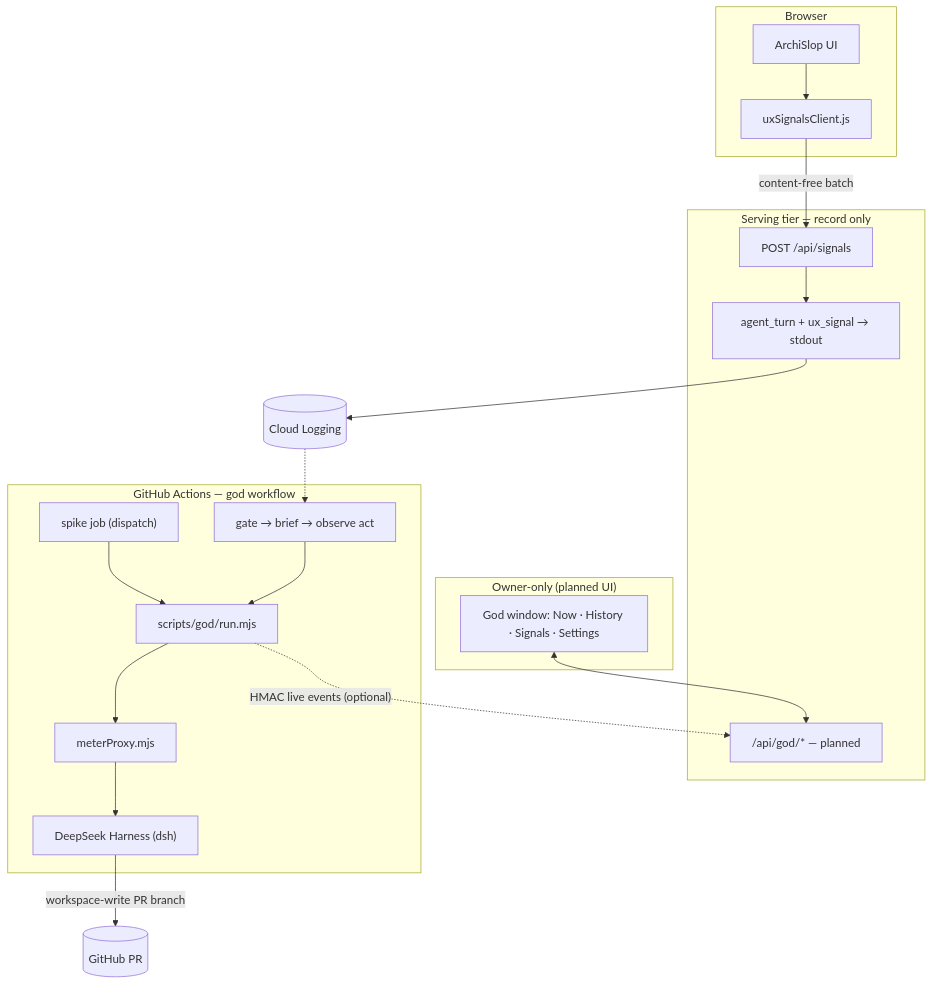
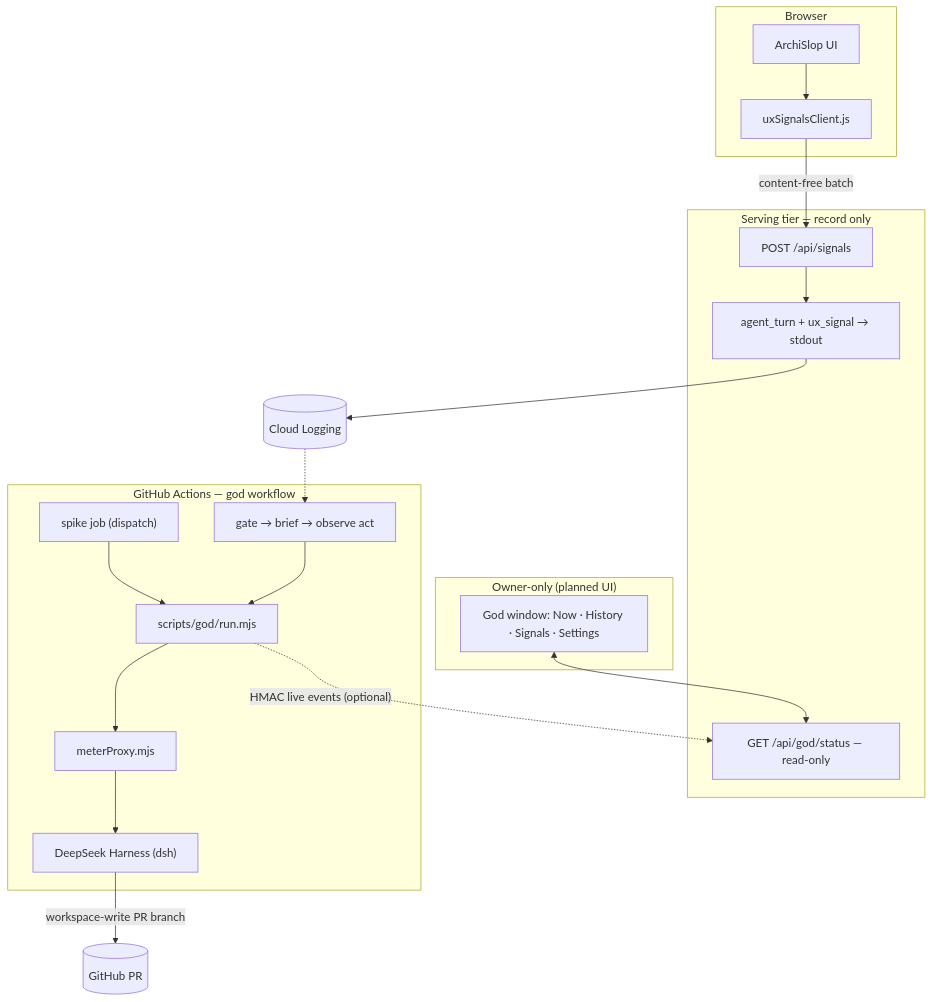
Before and after one commit to acuhlmann/mermaid-gen: the second of 4 diagrams in docs/guide/archislop-god.md, drawn with Mermaid. The commit also changed other lines of this file and 18 other files, not shown here.

First line of the commit message:
god: serve the owner a read view of God's own ticks

````diff
--- a/docs/guide/archislop-god.md
+++ b/docs/guide/archislop-god.md
@@ -74,37 +74,37 @@
 ```mermaid
 flowchart TB
   subgraph browser ["Browser"]
     UI["ArchiSlop UI"]
     SigClient["uxSignalsClient.js"]
     UI --> SigClient
   end
 
   subgraph serve ["Serving tier — record only"]
     SigRoute["POST /api/signals"]
     Metrics["agent_turn + ux_signal → stdout"]
     SigClient -->|"content-free batch"| SigRoute
     SigRoute --> Metrics
-    GodApi["/api/god/* — planned"]
+    GodApi["GET /api/god/status — read-only"]
   end
 
   subgraph gha ["GitHub Actions — god workflow"]
     Spike["spike job (dispatch)"]
     Pipeline["gate → brief → observe act"]
     RunWrap["scripts/god/run.mjs"]
     Meter["meterProxy.mjs"]
     DSH["DeepSeek Harness (dsh)"]
     Spike --> RunWrap
     Pipeline --> RunWrap
     RunWrap --> Meter --> DSH
   end
 
   subgraph owner ["Owner-only (planned UI)"]
     Window["God window: Now · History · Signals · Settings"]
     Window <--> GodApi
   end
 
   Metrics --> CL[("Cloud Logging")]
   CL -.-> Pipeline
   RunWrap -.->|"HMAC live events (optional)"| GodApi
   DSH -->|"workspace-write PR branch"| GH[("GitHub PR")]
 ```
````
